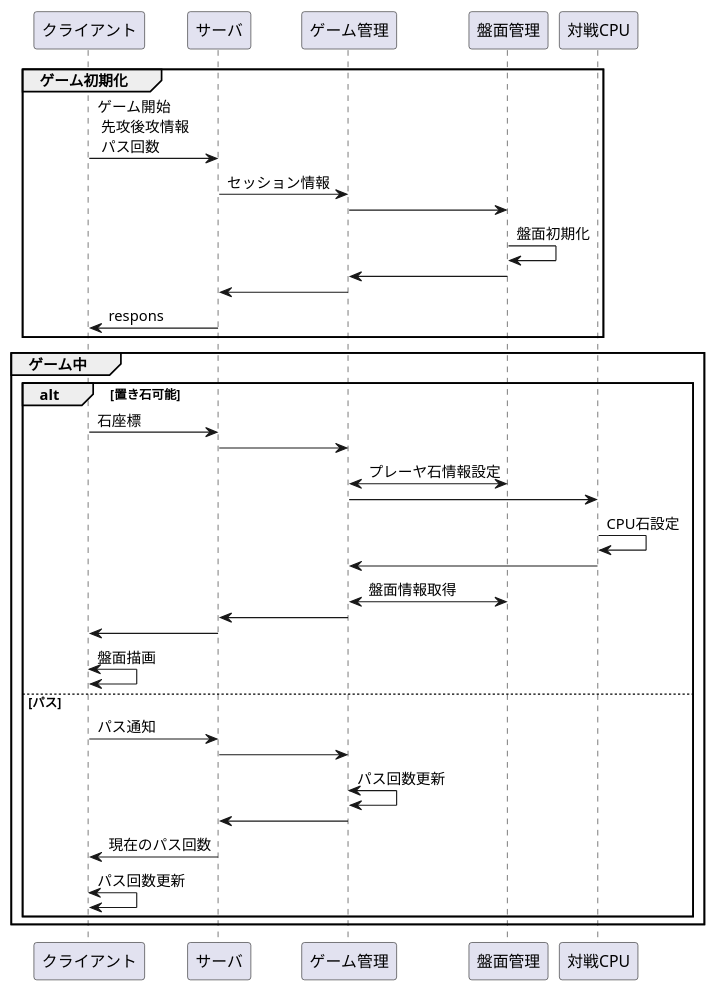
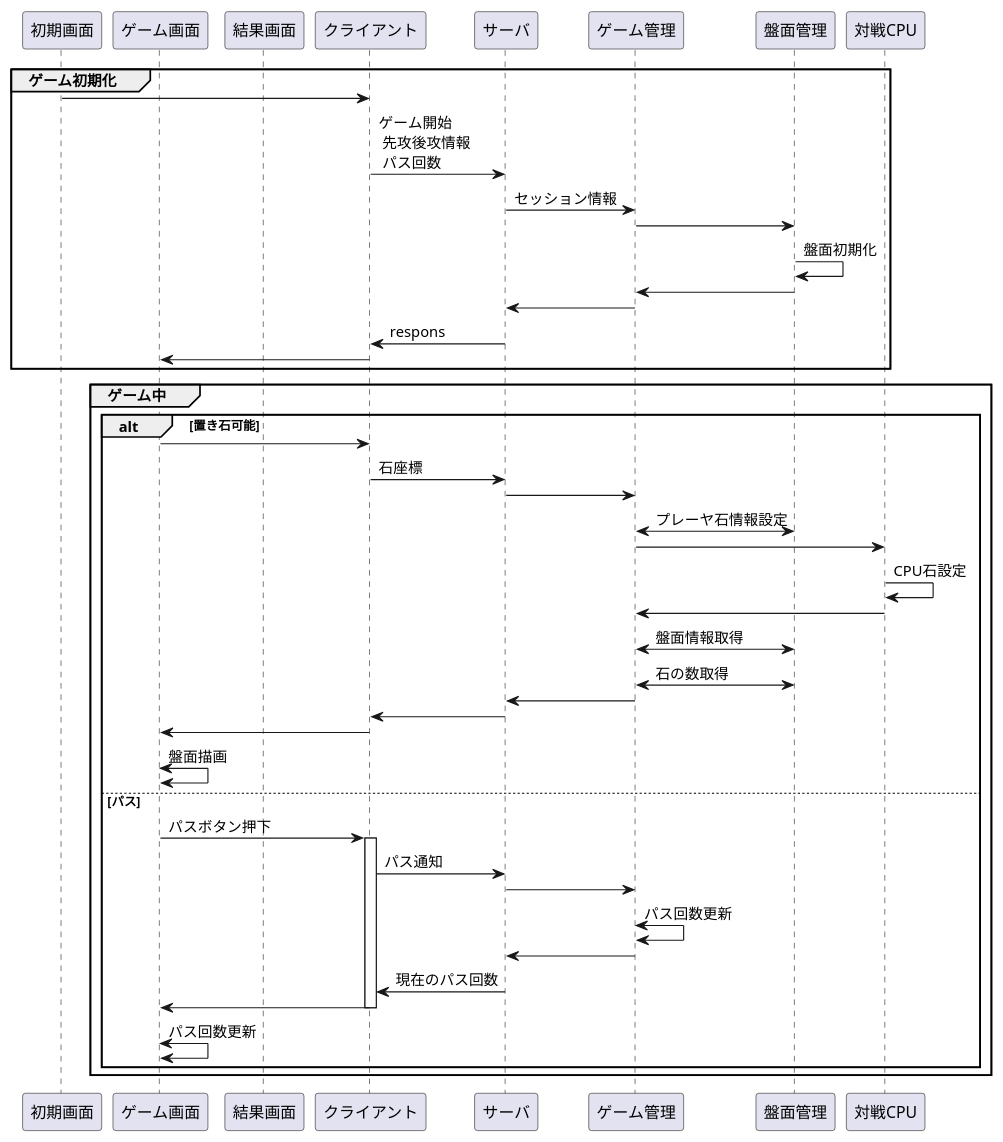
One commit to nakamuratks-sup/othelloGame changed the first of 2 diagrams in othelloGame/uml/sequens.pu. Above: the diagram before and after it, drawn with PlantUML.

Commit message:
検討要素追加

```diff
--- a/othelloGame/uml/sequens.pu
+++ b/othelloGame/uml/sequens.pu
@@ -1,38 +1,50 @@
 @startuml ゲーム進行
+participant 初期画面 as initView
+participant ゲーム画面 as playView
+participant 結果画面 as resultView
 participant クライアント as cl
 participant サーバ as sv
 participant ゲーム管理 as gm
 participant 盤面管理 as bord
 
 group ゲーム初期化
+    initView -> cl
     cl -> sv : ゲーム開始 \n 先攻後攻情報 \n パス回数
     sv -> gm : セッション情報
     gm -> bord
     bord -> bord : 盤面初期化
     bord -> gm
     gm -> sv
     sv -> cl : respons
+    cl -> playView
 end
 
 group ゲーム中
     alt 置き石可能
+    playView -> cl
         cl -> sv : 石座標
         sv -> gm
         gm <-> bord : プレーヤ石情報設定
         gm -> 対戦CPU
         対戦CPU -> 対戦CPU : CPU石設定
         対戦CPU -> gm
         gm <-> bord : 盤面情報取得
+        gm <-> bord : 石の数取得
         gm -> sv
         sv -> cl
-        cl <-> cl : 盤面描画
+        cl -> playView
+        playView <-> playView : 盤面描画
     else パス
+        playView -> cl : パスボタン押下
+        activate cl
         cl -> sv : パス通知
         sv -> gm
         gm <-> gm : パス回数更新
         gm -> sv
         sv -> cl : 現在のパス回数
-        cl <-> cl : パス回数更新
+        cl -> playView
+        deactivate  cl
+        playView <-> playView : パス回数更新
     end
 end
 @enduml
```
